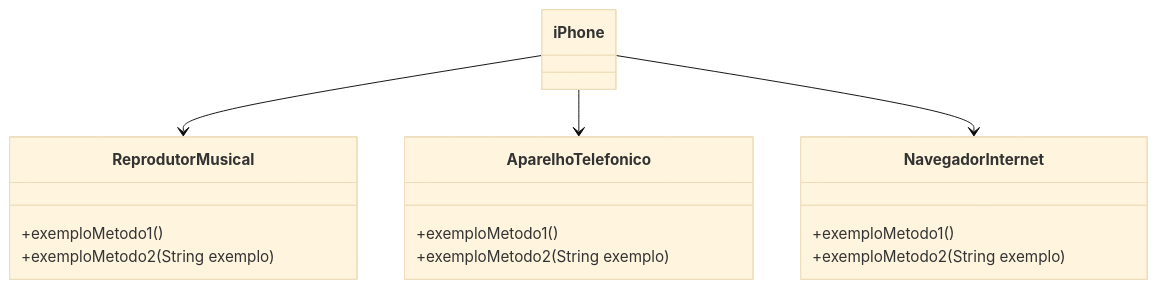
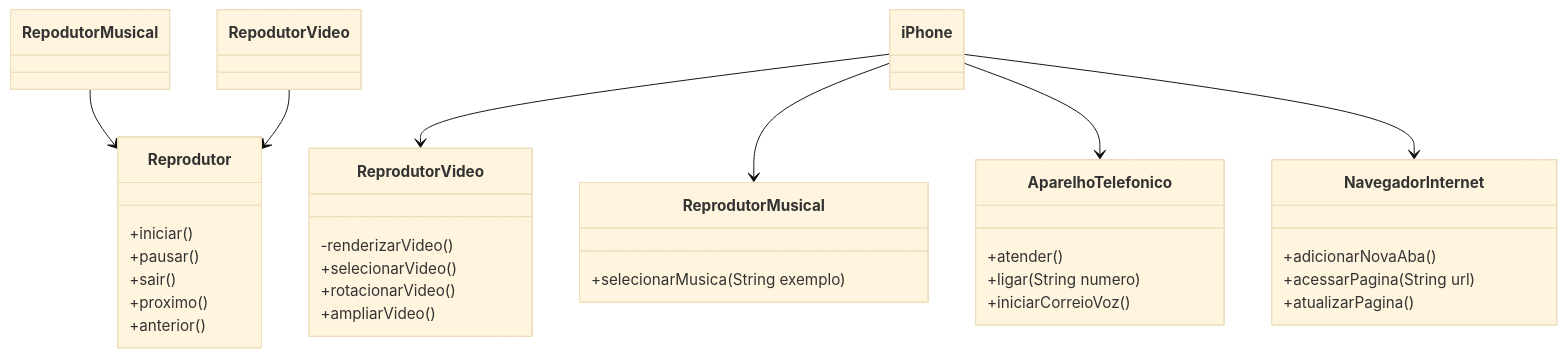
The diagram in README.md (LuishFelipe/java-object-oriented), drawn with Mermaid (base theme) before and after one commit. The commit also changed other lines of this file, not shown here.

Commit message:
updade UML on readme

````diff
--- a/README.md
+++ b/README.md
@@ -4,24 +4,45 @@
 ```mermaid
 classDiagram
-    class ReprodutorMusical {
-        +exemploMetodo1()
-        +exemploMetodo2(String exemplo)
+    class Reprodutor {
+        +iniciar()
+        +pausar()
+        +sair()
+        +proximo()
+        +anterior()
     }
 
+    class ReprodutorMusical {
+        +selecionarMusica(String exemplo)
+    }
+    
+    RepodutorMusical --> Reprodutor
+    
+    class ReprodutorVideo {
+        -renderizarVideo()
+        +selecionarVideo()
+        +rotacionarVideo()
+        +ampliarVideo()   
+    }
+    
+    RepodutorVideo --> Reprodutor
+
     class AparelhoTelefonico {
-        +exemploMetodo1()
-        +exemploMetodo2(String exemplo)
+        +atender()
+        +ligar(String numero)
+        +iniciarCorreioVoz()
     }
 
     class NavegadorInternet {
-        +exemploMetodo1()
-        +exemploMetodo2(String exemplo)
+        +adicionarNovaAba()
+        +acessarPagina(String url)
+        +atualizarPagina()
     }
 
     class iPhone {
     }
-
+    
+    iPhone --> ReprodutorVideo
     iPhone --> ReprodutorMusical
     iPhone --> AparelhoTelefonico
     iPhone --> NavegadorInternet
 ```
````
